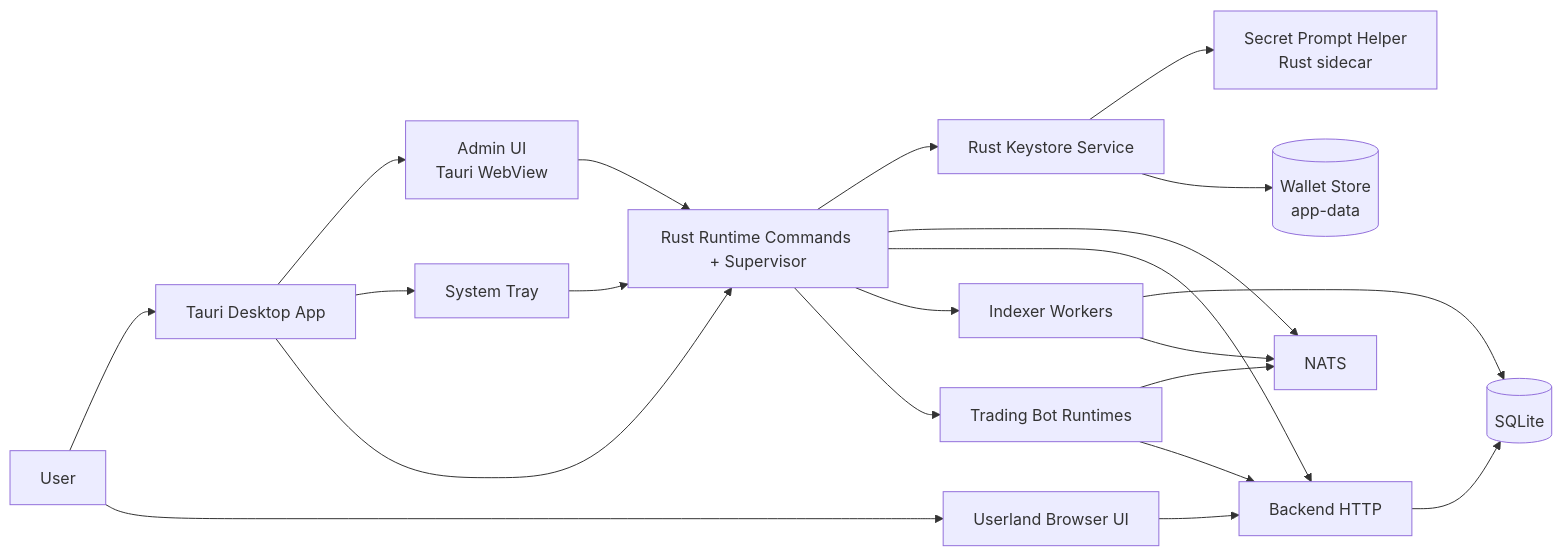
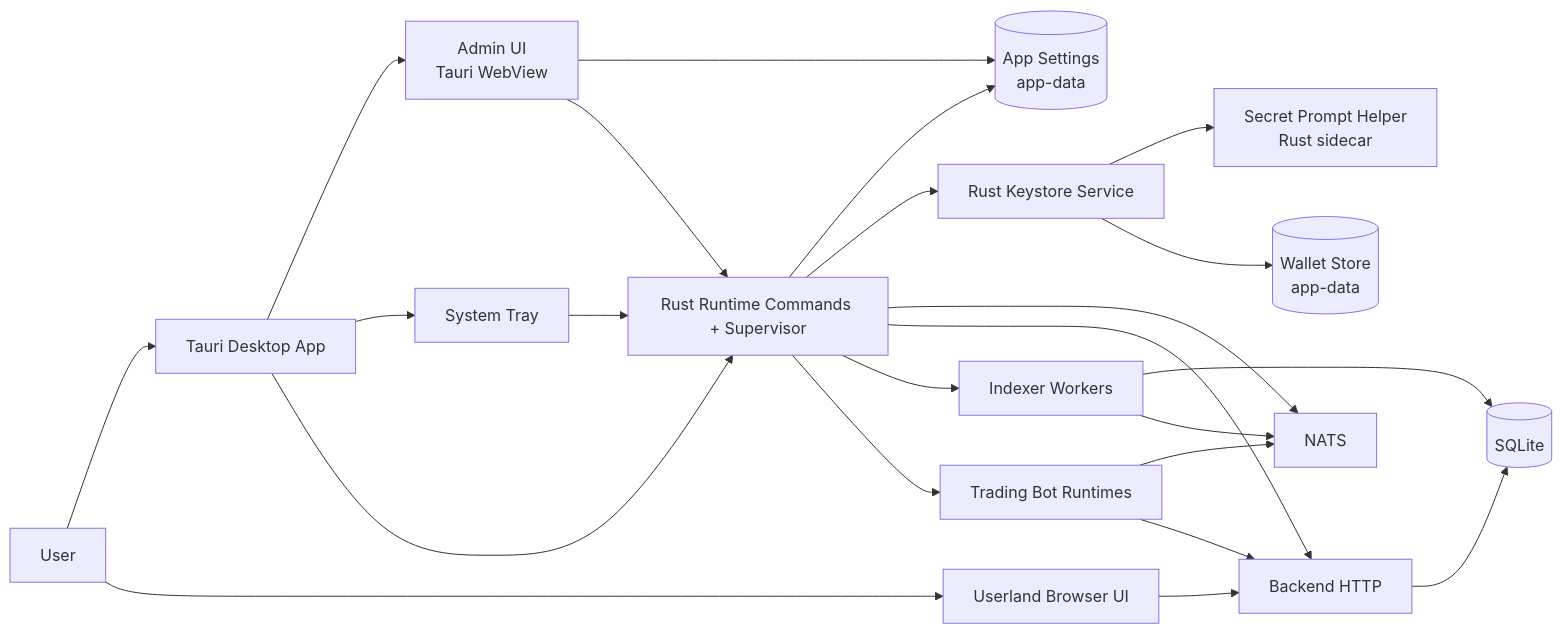
Before and after one commit to d347h-eth/artgod: the diagram in docs/diagrams/00-desktop-components.md, drawn with Mermaid. The commit also changed other lines of this file and 3 other files, not shown here.

````diff
--- a/docs/diagrams/00-desktop-components.md
+++ b/docs/diagrams/00-desktop-components.md
@@ -5,42 +5,45 @@
 ```mermaid
 flowchart LR
     U[User]
     TW[Tauri Desktop App]
     AU[Admin UI<br/>Tauri WebView]
     TR[System Tray]
     RT[Rust Runtime Commands + Supervisor]
     KS[Rust Keystore Service]
     SP[Secret Prompt Helper<br/>Rust sidecar]
     NATS[NATS]
     BE[Backend HTTP]
     IDX[Indexer Workers]
     BOT[Trading Bot Runtimes]
     B[Userland Browser UI]
     DB[(SQLite)]
+    AS[(App Settings<br/>app-data)]
     WS[(Wallet Store<br/>app-data)]
 
     U --> TW
     TW --> AU
     TW --> TR
     TW --> RT
 
+    AU --> AS
     AU --> RT
     TR --> RT
+    RT --> AS
     RT --> KS
     KS --> SP
     KS --> WS
 
     RT --> NATS
     RT --> BE
     RT --> IDX
     RT --> BOT
 
     BE --> DB
     IDX --> DB
     IDX --> NATS
     BOT --> NATS
     BOT --> BE
 
     U --> B
     B --> BE
 ```
````
